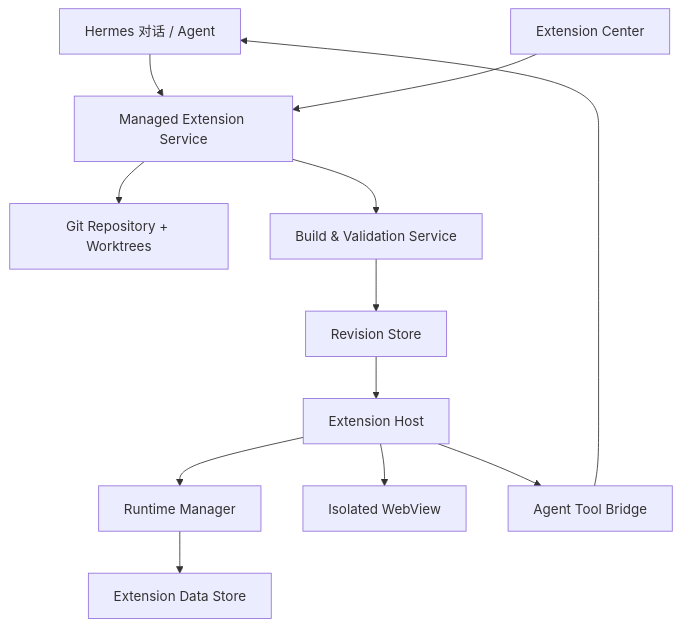
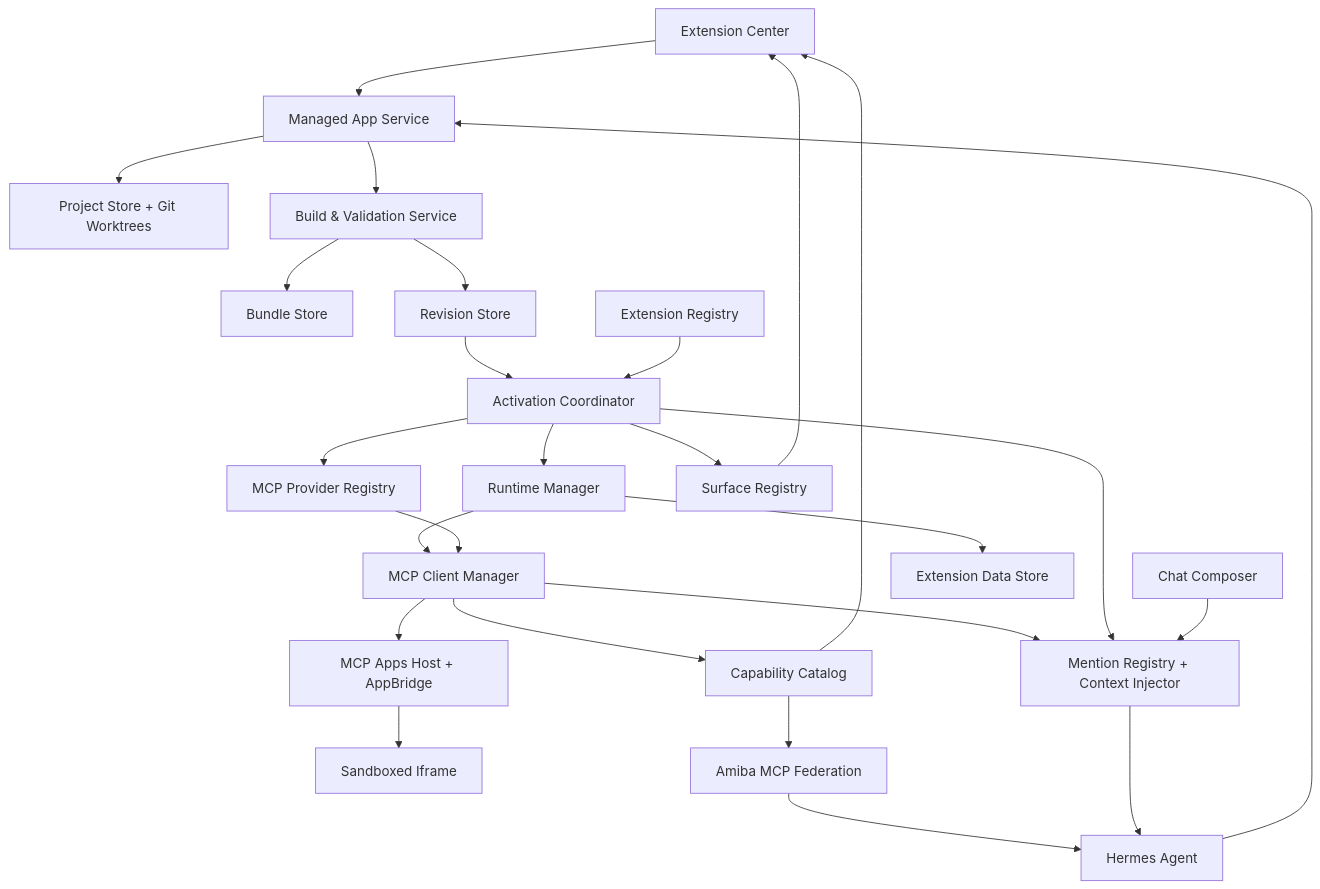
The first of 4 diagrams in docs/2026-08-06-personal-managed-extensions-design.md (iHeyTang/amiba), drawn with Mermaid before and after one commit. The commit also changed other lines of this file and 68 other files, not shown here.

Commit message:
feat: harden managed runtime and extension management

````diff
--- a/docs/2026-08-06-personal-managed-extensions-design.md
+++ b/docs/2026-08-06-personal-managed-extensions-design.md
@@ -228,26 +584,49 @@
 ```mermaid
 flowchart TB
-    Chat[Hermes 对话 / Agent]
     Center[Extension Center]
-    Authoring[Managed Extension Service]
-    Git[Git Repository + Worktrees]
+    Hermes[Hermes Agent]
+    Authoring[Managed App Service]
+    Project[Project Store + Git Worktrees]
     Build[Build & Validation Service]
+    Bundles[Bundle Store]
     Revisions[Revision Store]
+    Extensions[Extension Registry]
+    Activation[Activation Coordinator]
+    ProviderRegistry[MCP Provider Registry]
     Runtime[Runtime Manager]
-    Host[Extension Host]
-    WebView[Isolated WebView]
-    Tools[Agent Tool Bridge]
+    Clients[MCP Client Manager]
+    Catalog[Capability Catalog]
+    AppsHost[MCP Apps Host + AppBridge]
+    Iframe[Sandboxed Iframe]
+    Federation[Amiba MCP Federation]
+    Surfaces[Surface Registry]
+    Composer[Chat Composer]
+    Mentions[Mention Registry + Context Injector]
     Data[Extension Data Store]
 
-    Chat --> Authoring
     Center --> Authoring
-    Authoring --> Git
+    Hermes --> Authoring
+    Authoring --> Project
     Authoring --> Build
+    Build --> Bundles
     Build --> Revisions
-    Revisions --> Host
-    Host --> Runtime
-    Host --> WebView
-    Host --> Tools
+    Revisions --> Activation
+    Extensions --> Activation
+    Activation --> ProviderRegistry
+    Activation --> Runtime
+    Runtime --> Clients
+    ProviderRegistry --> Clients
+    Clients --> Catalog
+    Clients --> AppsHost
+    Clients --> Mentions
+    AppsHost --> Iframe
+    Catalog --> Center
+    Catalog --> Federation
+    Federation --> Hermes
+    Activation --> Surfaces
+    Activation --> Mentions
+    Surfaces --> Center
+    Composer --> Mentions
+    Mentions --> Hermes
     Runtime --> Data
-    Tools --> Chat
 ```
````
